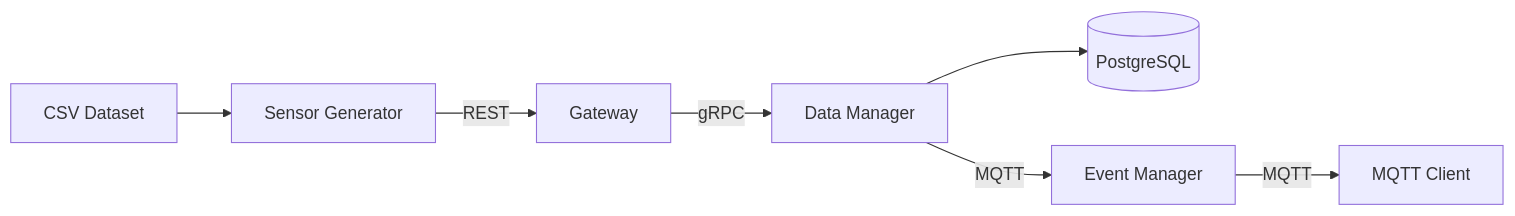
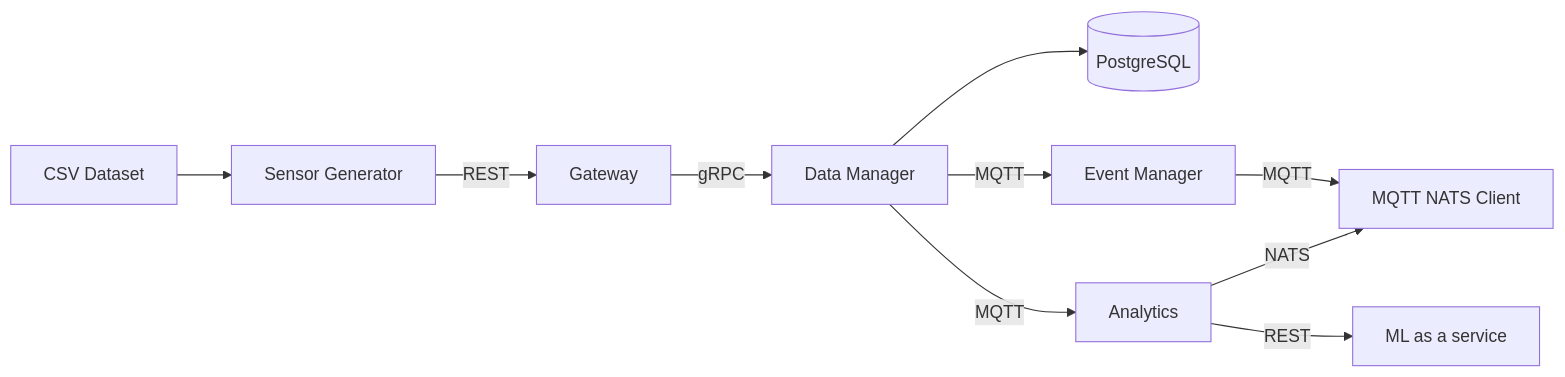
Before and after one commit to CJovan02/iots: the diagram in README.md, drawn with Mermaid. The commit also changed other lines of this file, not shown here.

````diff
--- a/README.md
+++ b/README.md
@@ -20,9 +20,12 @@
 ```mermaid
 graph LR
     CSV[CSV Dataset] --> SG[Sensor Generator]
     SG -->|REST| GW[Gateway]
     GW -->|gRPC| DM[Data Manager]
     DM --> DB[(PostgreSQL)]
     DM -->|MQTT| EM[Event Manager]
-    EM -->|MQTT| MQT[MQTT Client]
+    EM -->|MQTT| MQT[MQTT NATS Client]
+    DM -->|MQTT| AN[Analytics]
+    AN -->|REST| MLAAS[ML as a service]
+    AN -->|NATS| MQT[MQTT NATS Client]
 ```
````
